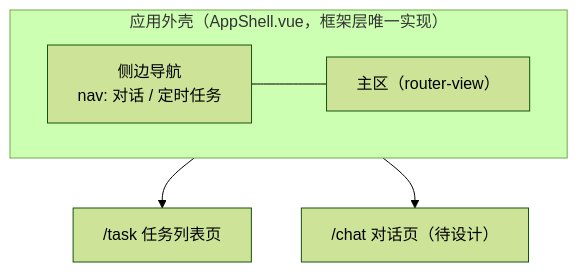
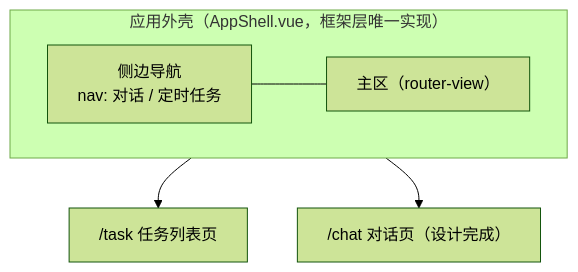
One commit to ChiYouIc/ehub-ai-workbench-prd changed the diagram in designs/web/01-应用外壳与导航.md. Above: the diagram before and after it, drawn with Mermaid (forest theme). The commit also changed other lines of this file and 16 other files, not shown here.

````diff
--- a/designs/web/01-应用外壳与导航.md
+++ b/designs/web/01-应用外壳与导航.md
@@ -9,9 +9,9 @@
 ```mermaid
 flowchart TD
     subgraph shell["应用外壳（AppShell.vue，框架层唯一实现）"]
         direction LR
         SIDEBAR["侧边导航<br/>nav: 对话 / 定时任务"] --- MAIN["主区（router-view）"]
     end
     MAIN --> P1["/task 任务列表页"]
-    MAIN --> CHAT["/chat 对话页（待设计）"]
+    MAIN --> CHAT["/chat 对话页（设计完成）"]
 ```
````
